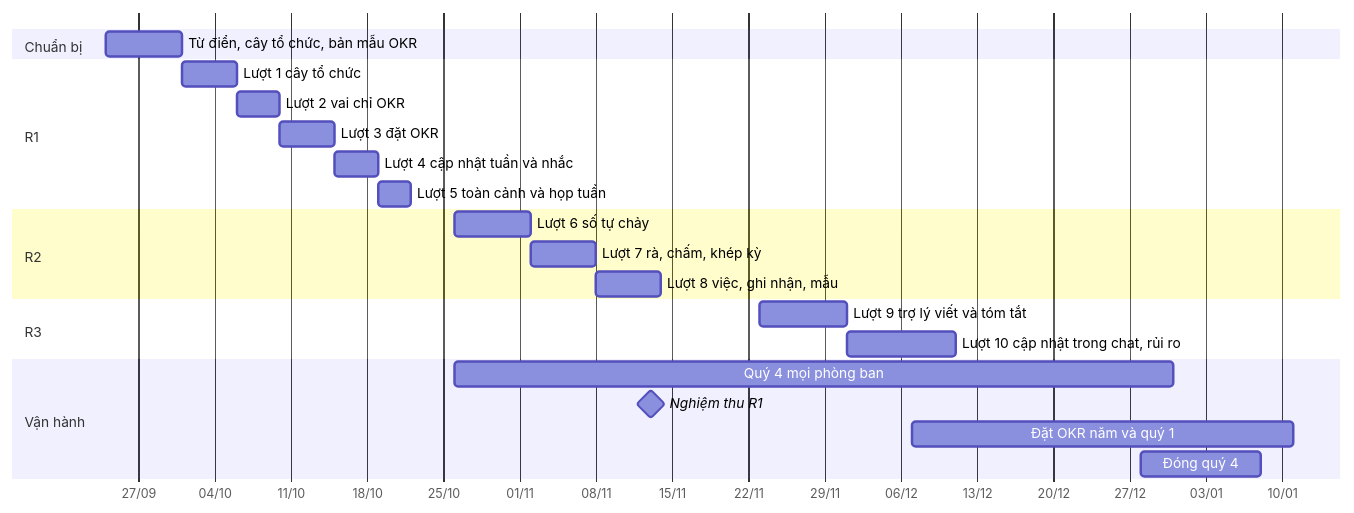
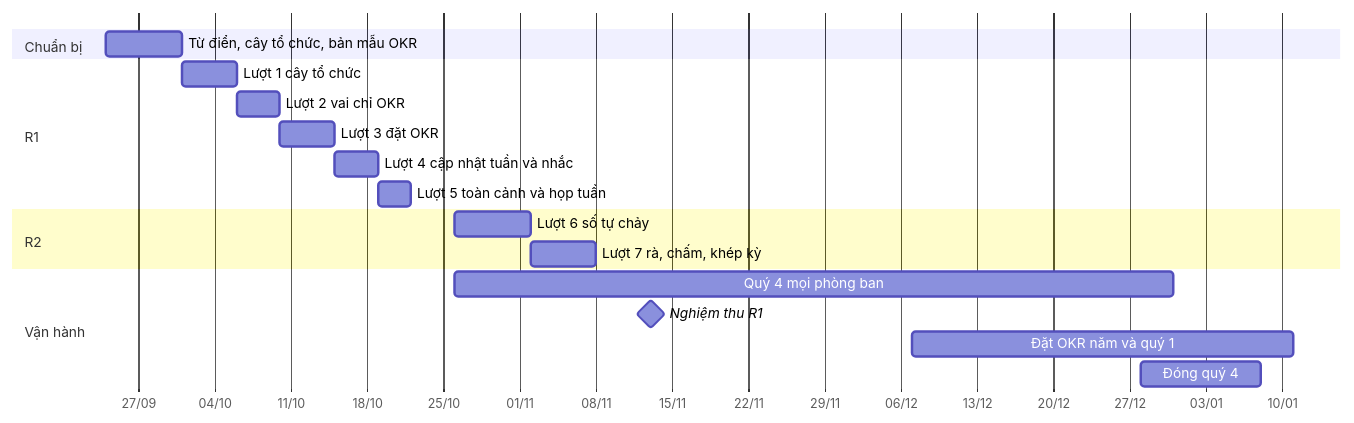
The diagram in docs/plan/lo-trinh-okr.md (phanlemanh/crm-onehub), drawn with Mermaid before and after one commit. The commit also changed other lines of this file, not shown here.

First line of the commit message:
docs(plan): chép mười một chỗ lệch của lộ trình Trợ lý OKR vào lộ trình OKR

````diff
--- a/docs/plan/lo-trinh-okr.md
+++ b/docs/plan/lo-trinh-okr.md
@@ -25,25 +25,21 @@
 ```mermaid
 gantt
   dateFormat YYYY-MM-DD
   axisFormat %d/%m
   section Chuẩn bị
   Từ điển, cây tổ chức, bản mẫu OKR   :p0, 2026-09-24, 7d
   section R1
   Lượt 1 cây tổ chức                  :r1, 2026-10-01, 5d
   Lượt 2 vai chỉ OKR                  :r2, after r1, 4d
   Lượt 3 đặt OKR                      :r3, after r2, 5d
   Lượt 4 cập nhật tuần và nhắc        :r4, after r3, 4d
   Lượt 5 toàn cảnh và họp tuần        :r5, after r4, 3d
   section R2
   Lượt 6 số tự chảy                   :r6, 2026-10-26, 7d
   Lượt 7 rà, chấm, khép kỳ            :r7, after r6, 6d
-  Lượt 8 việc, ghi nhận, mẫu          :r8, after r7, 6d
-  section R3
-  Lượt 9 trợ lý viết và tóm tắt       :r9, 2026-11-23, 8d
-  Lượt 10 cập nhật trong chat, rủi ro :r10, after r9, 10d
   section Vận hành
   Quý 4 mọi phòng ban                 :q4, 2026-10-26, 2026-12-31
   Nghiệm thu R1                       :milestone, u1, 2026-11-13, 0d
   Đặt OKR năm và quý 1                :okr, 2026-12-07, 2027-01-11
   Đóng quý 4                          :cl, 2026-12-28, 2027-01-08
 ```
````
